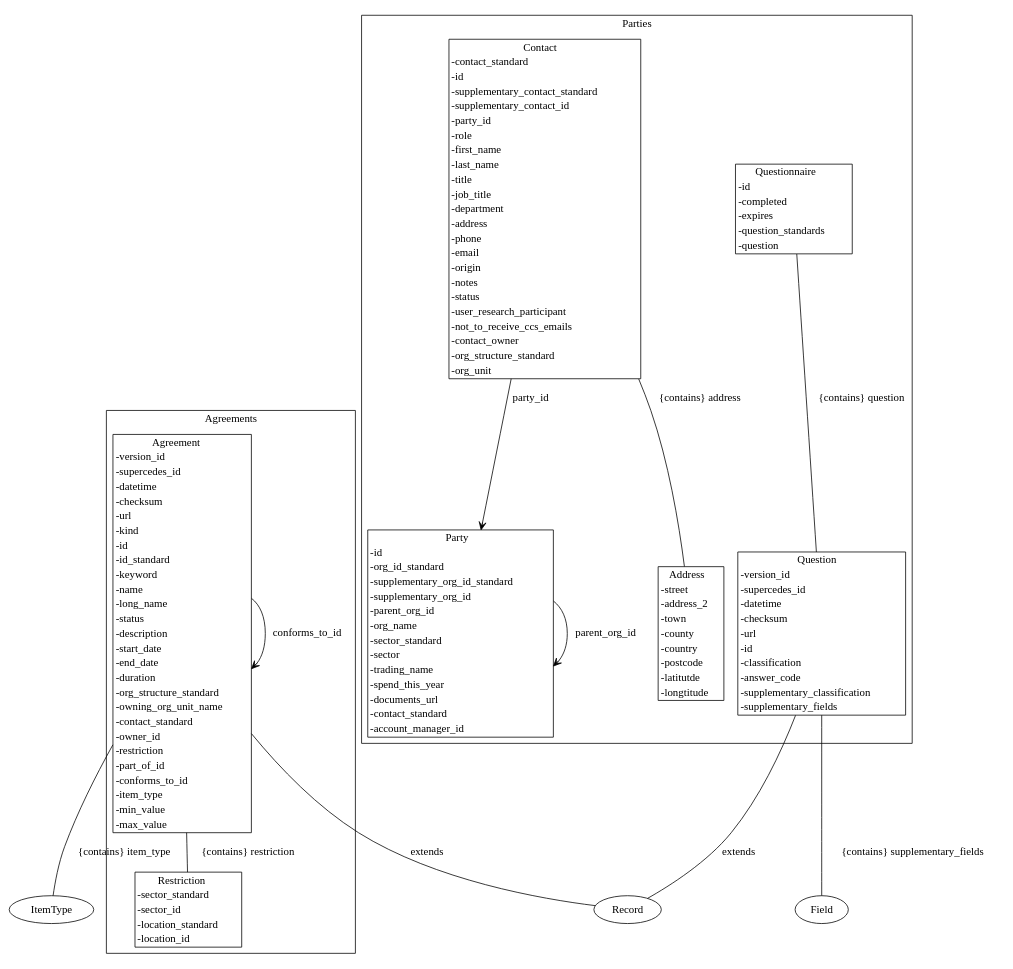
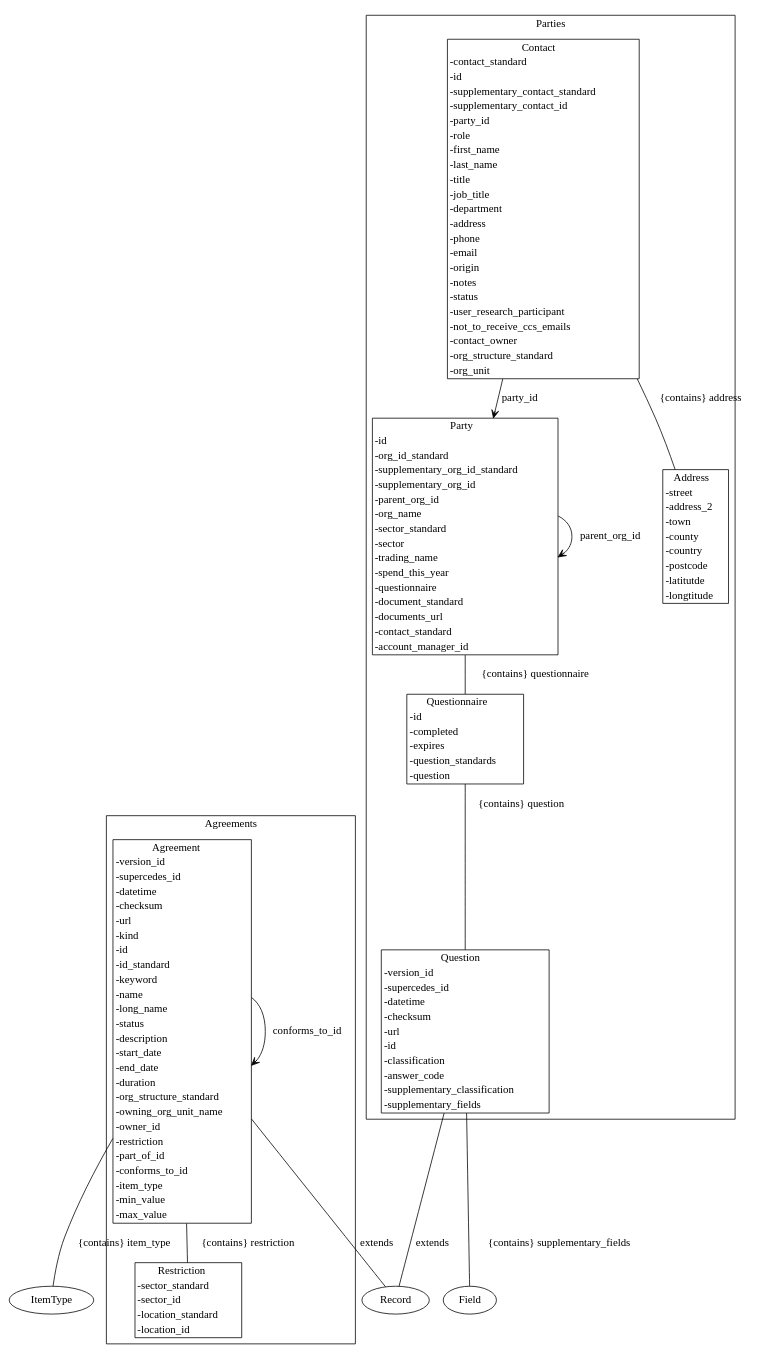
The diagram in gen/diagrams/metamodel.dot (Crown-Commercial-Service/ccs-data-model), drawn with Graphviz before and after one commit. The commit also changed 60 other files, not shown here.

```diff
--- a/gen/diagrams/metamodel.dot
+++ b/gen/diagrams/metamodel.dot
@@ -1,28 +1,29 @@
 strict digraph {
 subgraph cluster_Agreements {
 node [shape=plaintext margin=0];
 label=Agreements;
 "Restriction" [label=<<table BORDER="1" CELLBORDER="0" CELLSPACING="0"><TH><TD>Restriction</TD></TH><TR><TD ALIGN="LEFT">-sector_standard</TD></TR><TR><TD ALIGN="LEFT">-sector_id</TD></TR><TR><TD ALIGN="LEFT">-location_standard</TD></TR><TR><TD ALIGN="LEFT">-location_id</TD></TR></table>>];
-"Agreement" [label=<<table BORDER="1" CELLBORDER="0" CELLSPACING="0"><TH><TD>Agreement</TD></TH><TR><TD ALIGN="LEFT">-version_id</TD></TR><TR><TD ALIGN="LEFT">-supercedes_id</TD></TR><TR><TD ALIGN="LEFT">-datetime</TD></TR><TR><TD ALIGN="LEFT">-checksum</TD></TR><TR><TD ALIGN="LEFT">-url</TD></TR><TR><TD ALIGN="LEFT">-kind</TD></TR><TR><TD ALIGN="LEFT">-id</TD></TR><TR><TD ALIGN="LEFT">-id_standard</TD></TR><TR><TD ALIGN="LEFT">-keyword</TD></TR><TR><TD ALIGN="LEFT">-name</TD></TR><TR><TD ALIGN="LEFT">-long_name</TD></TR><TR><TD ALIGN="LEFT">-status</TD></TR><TR><TD ALIGN="LEFT">-description</TD></TR><TR><TD ALIGN="LEFT">-start_date</TD></TR><TR><TD ALIGN="LEFT">-end_date</TD></TR><TR><TD ALIGN="LEFT">-duration</TD></TR><TR><TD ALIGN="LEFT">-org_structure_standard</TD></TR><TR><TD ALIGN="LEFT">-owning_org_unit_name</TD></TR><TR><TD ALIGN="LEFT">-contact_standard</TD></TR><TR><TD ALIGN="LEFT">-owner_id</TD></TR><TR><TD ALIGN="LEFT">-restriction</TD></TR><TR><TD ALIGN="LEFT">-part_of_id</TD></TR><TR><TD ALIGN="LEFT">-conforms_to_id</TD></TR><TR><TD ALIGN="LEFT">-item_type</TD></TR><TR><TD ALIGN="LEFT">-min_value</TD></TR><TR><TD ALIGN="LEFT">-max_value</TD></TR></table>>];
+"Agreement" [label=<<table BORDER="1" CELLBORDER="0" CELLSPACING="0"><TH><TD>Agreement</TD></TH><TR><TD ALIGN="LEFT">-version_id</TD></TR><TR><TD ALIGN="LEFT">-supercedes_id</TD></TR><TR><TD ALIGN="LEFT">-datetime</TD></TR><TR><TD ALIGN="LEFT">-checksum</TD></TR><TR><TD ALIGN="LEFT">-url</TD></TR><TR><TD ALIGN="LEFT">-kind</TD></TR><TR><TD ALIGN="LEFT">-id</TD></TR><TR><TD ALIGN="LEFT">-id_standard</TD></TR><TR><TD ALIGN="LEFT">-keyword</TD></TR><TR><TD ALIGN="LEFT">-name</TD></TR><TR><TD ALIGN="LEFT">-long_name</TD></TR><TR><TD ALIGN="LEFT">-status</TD></TR><TR><TD ALIGN="LEFT">-description</TD></TR><TR><TD ALIGN="LEFT">-start_date</TD></TR><TR><TD ALIGN="LEFT">-end_date</TD></TR><TR><TD ALIGN="LEFT">-duration</TD></TR><TR><TD ALIGN="LEFT">-org_structure_standard</TD></TR><TR><TD ALIGN="LEFT">-owning_org_unit_name</TD></TR><TR><TD ALIGN="LEFT">-owner_id</TD></TR><TR><TD ALIGN="LEFT">-restriction</TD></TR><TR><TD ALIGN="LEFT">-part_of_id</TD></TR><TR><TD ALIGN="LEFT">-conforms_to_id</TD></TR><TR><TD ALIGN="LEFT">-item_type</TD></TR><TR><TD ALIGN="LEFT">-min_value</TD></TR><TR><TD ALIGN="LEFT">-max_value</TD></TR></table>>];
 }
 subgraph cluster_Parties {
 node [shape=plaintext margin=0];
 label=Parties;
 "Question" [label=<<table BORDER="1" CELLBORDER="0" CELLSPACING="0"><TH><TD>Question</TD></TH><TR><TD ALIGN="LEFT">-version_id</TD></TR><TR><TD ALIGN="LEFT">-supercedes_id</TD></TR><TR><TD ALIGN="LEFT">-datetime</TD></TR><TR><TD ALIGN="LEFT">-checksum</TD></TR><TR><TD ALIGN="LEFT">-url</TD></TR><TR><TD ALIGN="LEFT">-id</TD></TR><TR><TD ALIGN="LEFT">-classification</TD></TR><TR><TD ALIGN="LEFT">-answer_code</TD></TR><TR><TD ALIGN="LEFT">-supplementary_classification</TD></TR><TR><TD ALIGN="LEFT">-supplementary_fields</TD></TR></table>>];
 "Questionnaire" [label=<<table BORDER="1" CELLBORDER="0" CELLSPACING="0"><TH><TD>Questionnaire</TD></TH><TR><TD ALIGN="LEFT">-id</TD></TR><TR><TD ALIGN="LEFT">-completed</TD></TR><TR><TD ALIGN="LEFT">-expires</TD></TR><TR><TD ALIGN="LEFT">-question_standards</TD></TR><TR><TD ALIGN="LEFT">-question</TD></TR></table>>];
-"Party" [label=<<table BORDER="1" CELLBORDER="0" CELLSPACING="0"><TH><TD>Party</TD></TH><TR><TD ALIGN="LEFT">-id</TD></TR><TR><TD ALIGN="LEFT">-org_id_standard</TD></TR><TR><TD ALIGN="LEFT">-supplementary_org_id_standard</TD></TR><TR><TD ALIGN="LEFT">-supplementary_org_id</TD></TR><TR><TD ALIGN="LEFT">-parent_org_id</TD></TR><TR><TD ALIGN="LEFT">-org_name</TD></TR><TR><TD ALIGN="LEFT">-sector_standard</TD></TR><TR><TD ALIGN="LEFT">-sector</TD></TR><TR><TD ALIGN="LEFT">-trading_name</TD></TR><TR><TD ALIGN="LEFT">-spend_this_year</TD></TR><TR><TD ALIGN="LEFT">-documents_url</TD></TR><TR><TD ALIGN="LEFT">-contact_standard</TD></TR><TR><TD ALIGN="LEFT">-account_manager_id</TD></TR></table>>];
+"Party" [label=<<table BORDER="1" CELLBORDER="0" CELLSPACING="0"><TH><TD>Party</TD></TH><TR><TD ALIGN="LEFT">-id</TD></TR><TR><TD ALIGN="LEFT">-org_id_standard</TD></TR><TR><TD ALIGN="LEFT">-supplementary_org_id_standard</TD></TR><TR><TD ALIGN="LEFT">-supplementary_org_id</TD></TR><TR><TD ALIGN="LEFT">-parent_org_id</TD></TR><TR><TD ALIGN="LEFT">-org_name</TD></TR><TR><TD ALIGN="LEFT">-sector_standard</TD></TR><TR><TD ALIGN="LEFT">-sector</TD></TR><TR><TD ALIGN="LEFT">-trading_name</TD></TR><TR><TD ALIGN="LEFT">-spend_this_year</TD></TR><TR><TD ALIGN="LEFT">-questionnaire</TD></TR><TR><TD ALIGN="LEFT">-document_standard</TD></TR><TR><TD ALIGN="LEFT">-documents_url</TD></TR><TR><TD ALIGN="LEFT">-contact_standard</TD></TR><TR><TD ALIGN="LEFT">-account_manager_id</TD></TR></table>>];
 "Address" [label=<<table BORDER="1" CELLBORDER="0" CELLSPACING="0"><TH><TD>Address</TD></TH><TR><TD ALIGN="LEFT">-street</TD></TR><TR><TD ALIGN="LEFT">-address_2</TD></TR><TR><TD ALIGN="LEFT">-town</TD></TR><TR><TD ALIGN="LEFT">-county</TD></TR><TR><TD ALIGN="LEFT">-country</TD></TR><TR><TD ALIGN="LEFT">-postcode</TD></TR><TR><TD ALIGN="LEFT">-latitutde</TD></TR><TR><TD ALIGN="LEFT">-longtitude</TD></TR></table>>];
 "Contact" [label=<<table BORDER="1" CELLBORDER="0" CELLSPACING="0"><TH><TD>Contact</TD></TH><TR><TD ALIGN="LEFT">-contact_standard</TD></TR><TR><TD ALIGN="LEFT">-id</TD></TR><TR><TD ALIGN="LEFT">-supplementary_contact_standard</TD></TR><TR><TD ALIGN="LEFT">-supplementary_contact_id</TD></TR><TR><TD ALIGN="LEFT">-party_id</TD></TR><TR><TD ALIGN="LEFT">-role</TD></TR><TR><TD ALIGN="LEFT">-first_name</TD></TR><TR><TD ALIGN="LEFT">-last_name</TD></TR><TR><TD ALIGN="LEFT">-title</TD></TR><TR><TD ALIGN="LEFT">-job_title</TD></TR><TR><TD ALIGN="LEFT">-department</TD></TR><TR><TD ALIGN="LEFT">-address</TD></TR><TR><TD ALIGN="LEFT">-phone</TD></TR><TR><TD ALIGN="LEFT">-email</TD></TR><TR><TD ALIGN="LEFT">-origin</TD></TR><TR><TD ALIGN="LEFT">-notes</TD></TR><TR><TD ALIGN="LEFT">-status</TD></TR><TR><TD ALIGN="LEFT">-user_research_participant</TD></TR><TR><TD ALIGN="LEFT">-not_to_receive_ccs_emails</TD></TR><TR><TD ALIGN="LEFT">-contact_owner</TD></TR><TR><TD ALIGN="LEFT">-org_structure_standard</TD></TR><TR><TD ALIGN="LEFT">-org_unit</TD></TR></table>>];
 }
 "Agreement" -> "Record" [label="extends" arrowhead = "none" arrowtail = "normal" ];
 "Agreement" -> "Restriction" [label="{contains} restriction" arrowhead = "none" arrowtail = "diamond" ];
 "Agreement" -> "Agreement" [label="part_of_id" arrowhead = "open" arrowtail = "none" ];
 "Agreement" -> "Agreement" [label="conforms_to_id" arrowhead = "open" arrowtail = "none" ];
 "Agreement" -> "ItemType" [label="{contains} item_type" arrowhead = "none" arrowtail = "diamond" ];
 "Question" -> "Record" [label="extends" arrowhead = "none" arrowtail = "normal" ];
 "Question" -> "Field" [label="{contains} supplementary_fields" arrowhead = "none" arrowtail = "diamond" ];
 "Questionnaire" -> "Question" [label="{contains} question" arrowhead = "none" arrowtail = "diamond" ];
 "Party" -> "Party" [label="parent_org_id" arrowhead = "open" arrowtail = "none" ];
+"Party" -> "Questionnaire" [label="{contains} questionnaire" arrowhead = "none" arrowtail = "diamond" ];
 "Contact" -> "Party" [label="party_id" arrowhead = "open" arrowtail = "none" ];
 "Contact" -> "Address" [label="{contains} address" arrowhead = "none" arrowtail = "diamond" ];
 }
```
